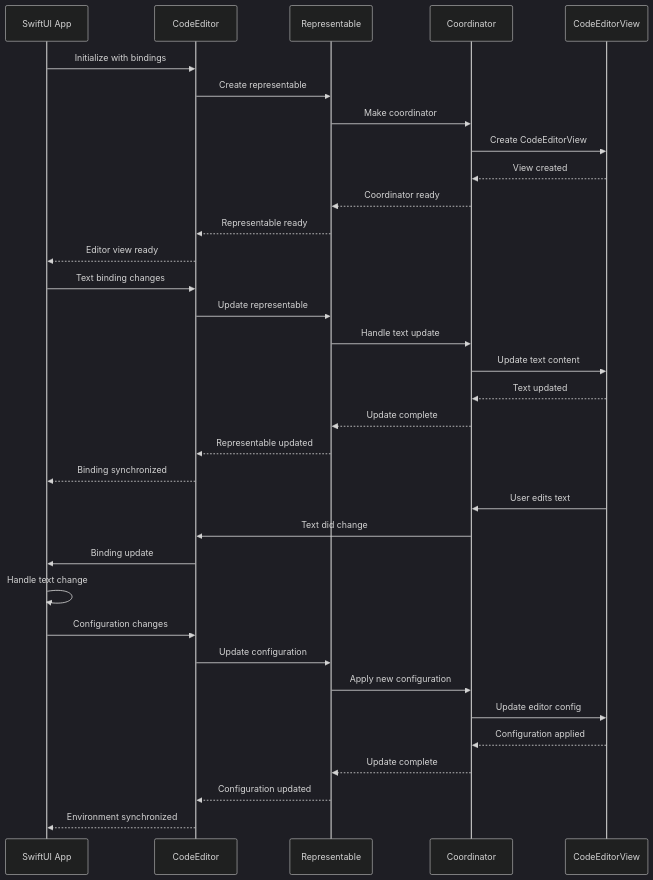
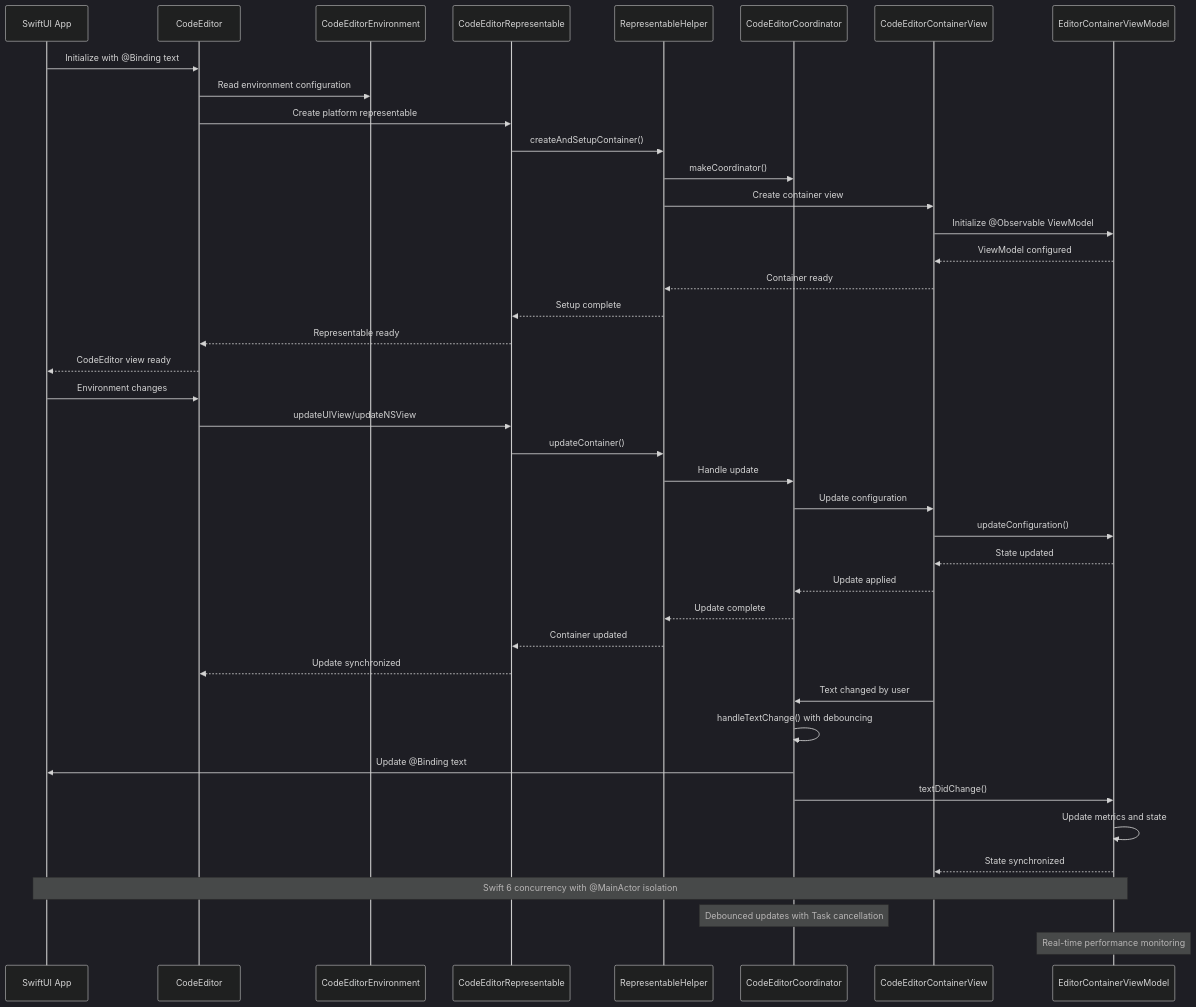
One commit to ajmcclary/CodeEditorKit changed the second of 2 diagrams in Diagrams/19-swiftui-integration-ecosystem.md. Above: the diagram before and after it, drawn with Mermaid (dark theme). The commit also changed other lines of this file and 29 other files, not shown here.

First line of the commit message:
Enhance architecture documentation and add debugging integration

````diff
--- a/Diagrams/19-swiftui-integration-ecosystem.md
+++ b/Diagrams/19-swiftui-integration-ecosystem.md
@@ -403,40 +428,47 @@
 ```mermaid
 sequenceDiagram
     participant App as SwiftUI App
     participant Editor as CodeEditor
-    participant Repr as Representable
-    participant Coord as Coordinator
-    participant View as CodeEditorView
+    participant Env as CodeEditorEnvironment
+    participant Repr as CodeEditorRepresentable 
+    participant Helper as RepresentableHelper
+    participant Coord as CodeEditorCoordinator
+    participant Container as CodeEditorContainerView
+    participant VM as EditorContainerViewModel
 
-    App->>Editor: Initialize with bindings
-    Editor->>Repr: Create representable
-    Repr->>Coord: Make coordinator
-    Coord->>View: Create CodeEditorView
-    View-->>Coord: View created
-    Coord-->>Repr: Coordinator ready
+    App->>Editor: Initialize with @Binding text
+    Editor->>Env: Read environment configuration
+    Editor->>Repr: Create platform representable
+    Repr->>Helper: createAndSetupContainer()
+    Helper->>Coord: makeCoordinator()
+    Helper->>Container: Create container view
+    Container->>VM: Initialize @Observable ViewModel
+    VM-->>Container: ViewModel configured
+    Container-->>Helper: Container ready
+    Helper-->>Repr: Setup complete
     Repr-->>Editor: Representable ready
-    Editor-->>App: Editor view ready
+    Editor-->>App: CodeEditor view ready
 
-    App->>Editor: Text binding changes
-    Editor->>Repr: Update representable
-    Repr->>Coord: Handle text update
-    Coord->>View: Update text content
-    View-->>Coord: Text updated
-    Coord-->>Repr: Update complete
-    Repr-->>Editor: Representable updated
-    Editor-->>App: Binding synchronized
+    App->>Editor: Environment changes
+    Editor->>Repr: updateUIView/updateNSView
+    Repr->>Helper: updateContainer()
+    Helper->>Coord: Handle update
+    Coord->>Container: Update configuration
+    Container->>VM: updateConfiguration()
+    VM-->>Container: State updated
+    Container-->>Coord: Update applied
+    Coord-->>Helper: Update complete
+    Helper-->>Repr: Container updated
+    Repr-->>Editor: Update synchronized
 
-    View->>Coord: User edits text
-    Coord->>Editor: Text did change
-    Editor->>App: Binding update
-    App->>App: Handle text change
+    Container->>Coord: Text changed by user
+    Coord->>Coord: handleTextChange() with debouncing
+    Coord->>App: Update @Binding text
+    Coord->>VM: textDidChange()
+    VM->>VM: Update metrics and state
+    VM-->>Container: State synchronized
 
-    App->>Editor: Configuration changes
-    Editor->>Repr: Update configuration
-    Repr->>Coord: Apply new configuration
-    Coord->>View: Update editor config
-    View-->>Coord: Configuration applied
-    Coord-->>Repr: Update complete
-    Repr-->>Editor: Configuration updated
-    Editor-->>App: Environment synchronized
+    Note over App,VM: Swift 6 concurrency with @MainActor isolation
+    Note over Coord: Debounced updates with Task cancellation
+    Note over VM: Real-time performance monitoring
 ```
````
